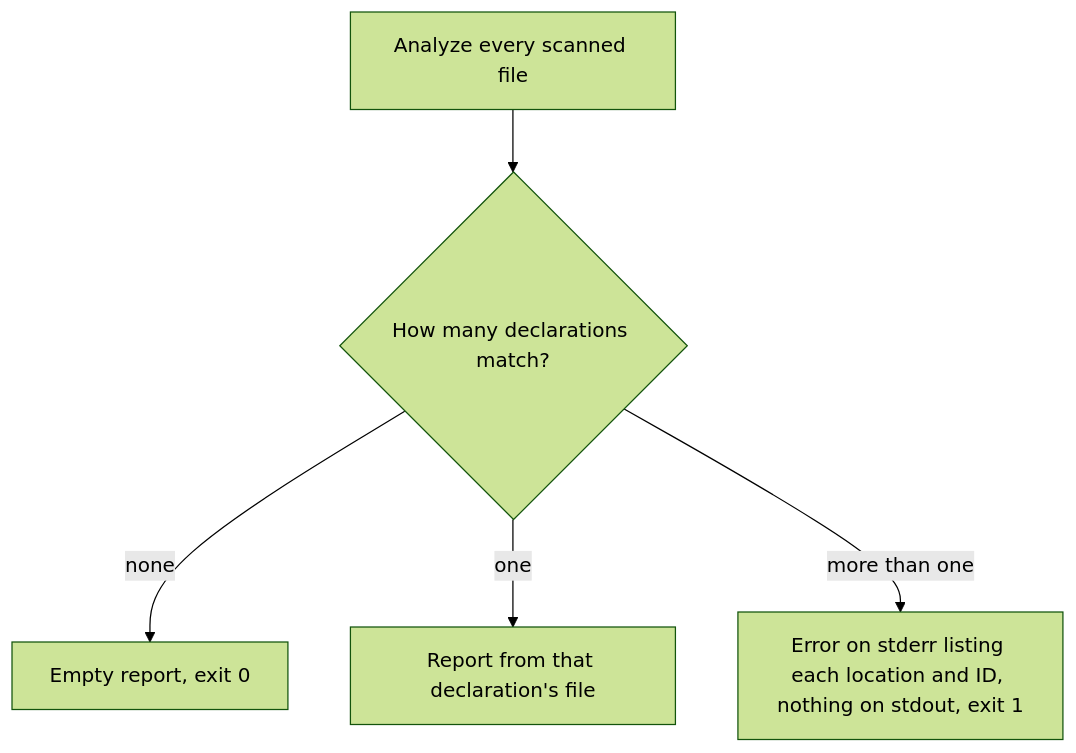
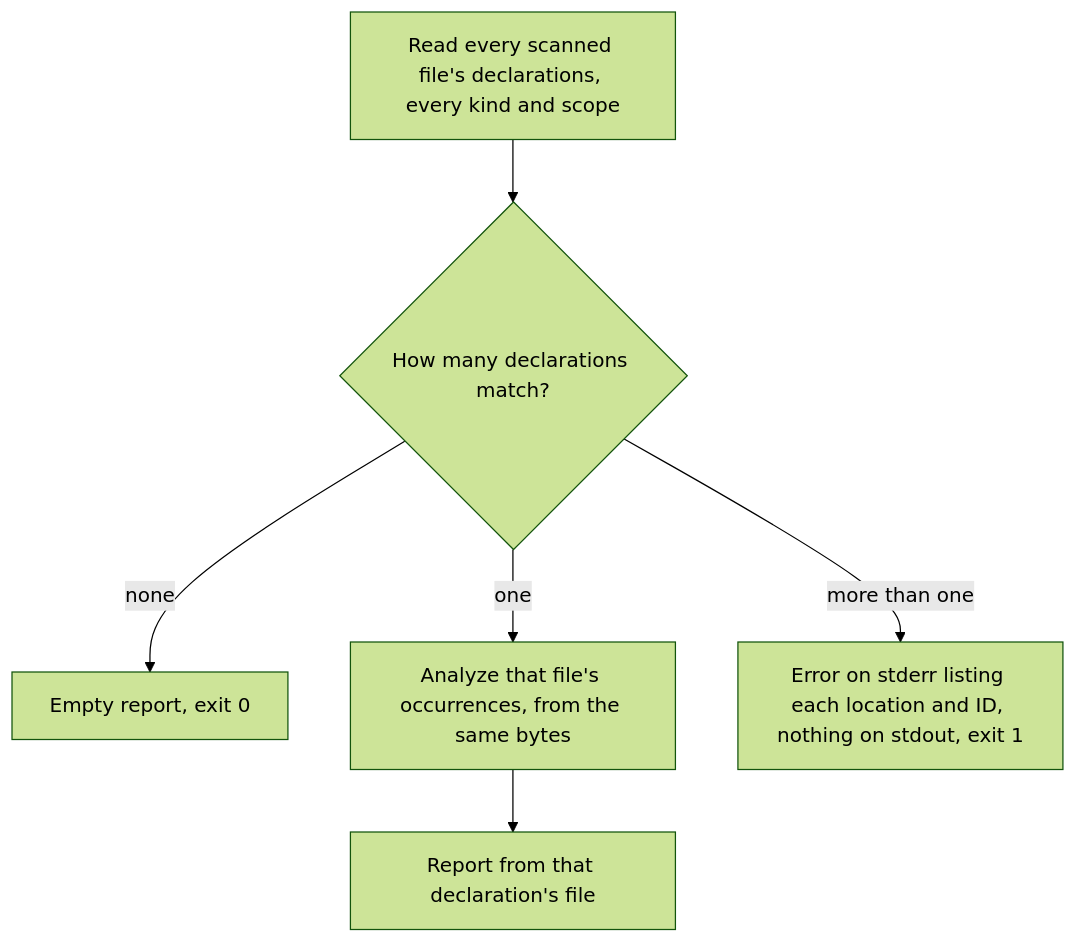
One commit to yankeeinlondon/rusty-biscuit changed the third of 3 diagrams in tree-hugger/docs/references.md. Above: the diagram before and after it, drawn with Mermaid (forest theme). The commit also changed other lines of this file and 12 other files, not shown here.

````diff
--- a/tree-hugger/docs/references.md
+++ b/tree-hugger/docs/references.md
@@ -964,7 +965,8 @@
 ```mermaid
 flowchart TD
-    A[Analyze every scanned file] --> B{How many declarations match?}
+    A[Read every scanned file's declarations, every kind and scope] --> B{How many declarations match?}
     B -->|none| E[Empty report, exit 0]
-    B -->|one| R[Report from that declaration's file]
+    B -->|one| O[Analyze that file's occurrences, from the same bytes]
+    O --> R[Report from that declaration's file]
     B -->|more than one| X[Error on stderr listing each location and ID, nothing on stdout, exit 1]
 ```
````
